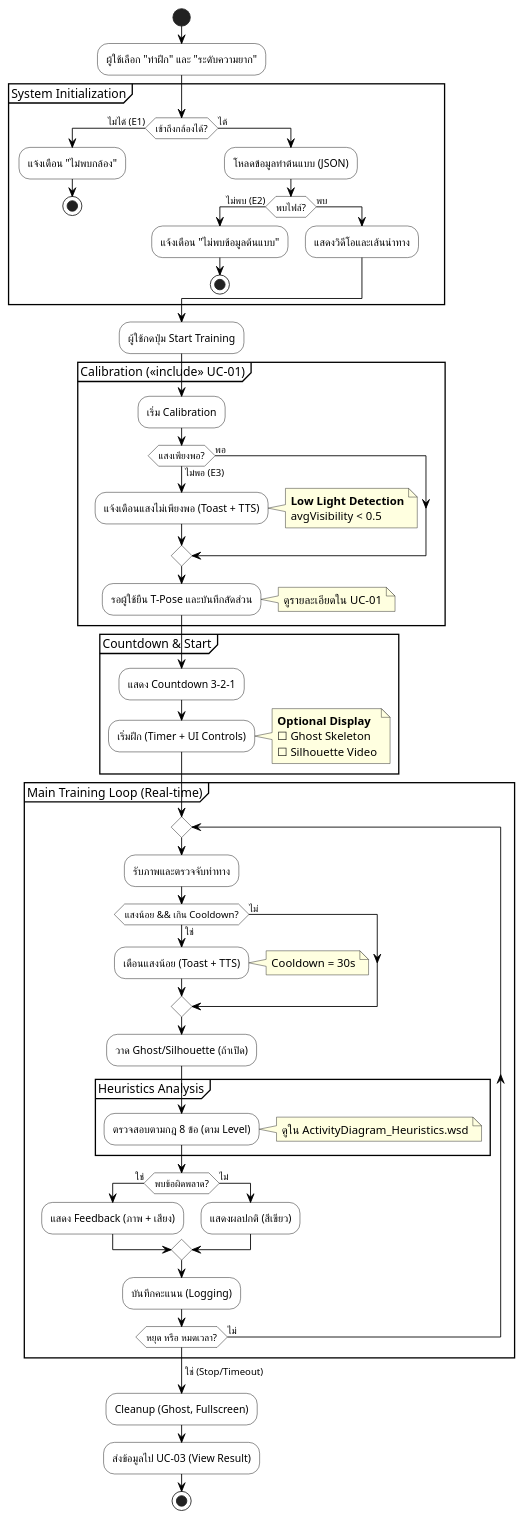
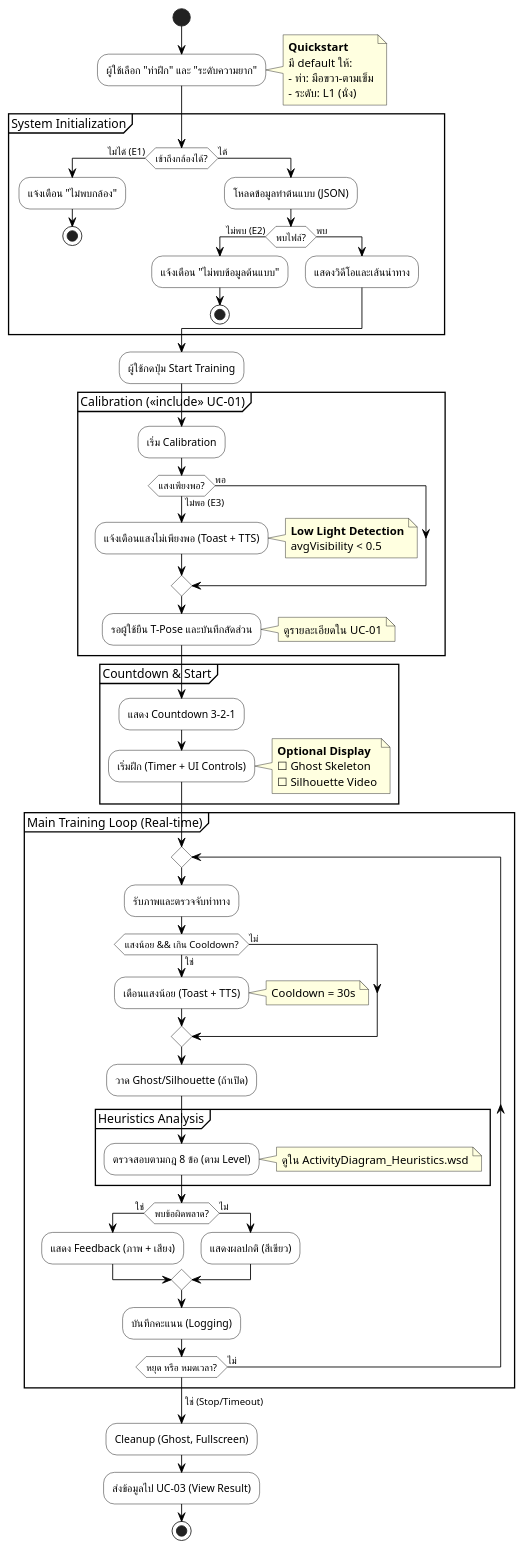
The diagram in docs/diagrams/ActivityDiagram_UC02.wsd (vyut/TaijiFlow), drawn with PlantUML before and after one commit. The commit also changed 25 other files, not shown here.

Commit message:
Added sequence diagrams

```diff
--- a/docs/diagrams/ActivityDiagram_UC02.wsd
+++ b/docs/diagrams/ActivityDiagram_UC02.wsd
@@ -1,99 +1,105 @@
 @startuml TaijiFlow_Activity_Diagram_UC02
 ' ============================================================================
 ' TaijiFlow AI - Activity Diagram: UC-02 Perform Training (v2.1 Simplified)
 ' ============================================================================
 ' อัปเดต: เพิ่ม Low Light Check, Ghost/Silhouette, รวม activities ให้กระชับ
 ' อ้างอิง: script.js (lines 124-128, 1442, 1690-1720)
 ' ============================================================================
 
 skinparam defaultFontName "sarabun"
 skinparam activity {
     BackgroundColor White
     BorderColor Black
     ArrowColor Black
 }
 skinparam note {
     BackgroundColor LightYellow
 }
 
 start
 
 :ผู้ใช้เลือก "ท่าฝึก" และ "ระดับความยาก";
+note right
+    **Quickstart**
+    มี default ให้:
+    - ท่า: มือขวา-ตามเข็ม
+    - ระดับ: L1 (นั่ง)
+end note
 
 partition "System Initialization" {
     if (เข้าถึงกล้องได้?) then (ไม่ได้ (E1))
         :แจ้งเตือน "ไม่พบกล้อง";
         stop
     else (ได้)
         :โหลดข้อมูลท่าต้นแบบ (JSON);
         if (พบไฟล์?) then (ไม่พบ (E2))
             :แจ้งเตือน "ไม่พบข้อมูลต้นแบบ";
             stop
         else (พบ)
             :แสดงวิดีโอและเส้นนำทาง;
         endif
     endif
 }
 
 :ผู้ใช้กดปุ่ม Start Training;
 
 partition "Calibration (<<include>> UC-01)" {
     :เริ่ม Calibration;
     
     if (แสงเพียงพอ?) then (ไม่พอ (E3))
         :แจ้งเตือนแสงไม่เพียงพอ (Toast + TTS);
         note right
             **Low Light Detection**
             avgVisibility < 0.5
         end note
     else (พอ)
     endif
     
     :รอผู้ใช้ยืน T-Pose และบันทึกสัดส่วน;
     note right: ดูรายละเอียดใน UC-01
 }
 
 partition "Countdown & Start" {
     :แสดง Countdown 3-2-1;
     :เริ่มฝึก (Timer + UI Controls);
     note right
         **Optional Display**
         ☐ Ghost Skeleton
         ☐ Silhouette Video
     end note
 }
 
 partition "Main Training Loop (Real-time)" {
     repeat
         :รับภาพและตรวจจับท่าทาง;
         
         if (แสงน้อย && เกิน Cooldown?) then (ใช่)
             :เตือนแสงน้อย (Toast + TTS);
             note right: Cooldown = 30s
         else (ไม่)
         endif
         
         :วาด Ghost/Silhouette (ถ้าเปิด);
         
         partition "Heuristics Analysis" {
             :ตรวจสอบตามกฎ 8 ข้อ (ตาม Level);
             note right: ดูใน ActivityDiagram_Heuristics.wsd
         }
 
         if (พบข้อผิดพลาด?) then (ใช่)
             :แสดง Feedback (ภาพ + เสียง);
         else (ไม่)
             :แสดงผลปกติ (สีเขียว);
         endif
 
         :บันทึกคะแนน (Logging);
 
     repeat while (หยุด หรือ หมดเวลา?) is (ไม่)
     -> ใช่ (Stop/Timeout);
 }
 
 :Cleanup (Ghost, Fullscreen);
 :ส่งข้อมูลไป UC-03 (View Result);
 
 stop
 @enduml
```
